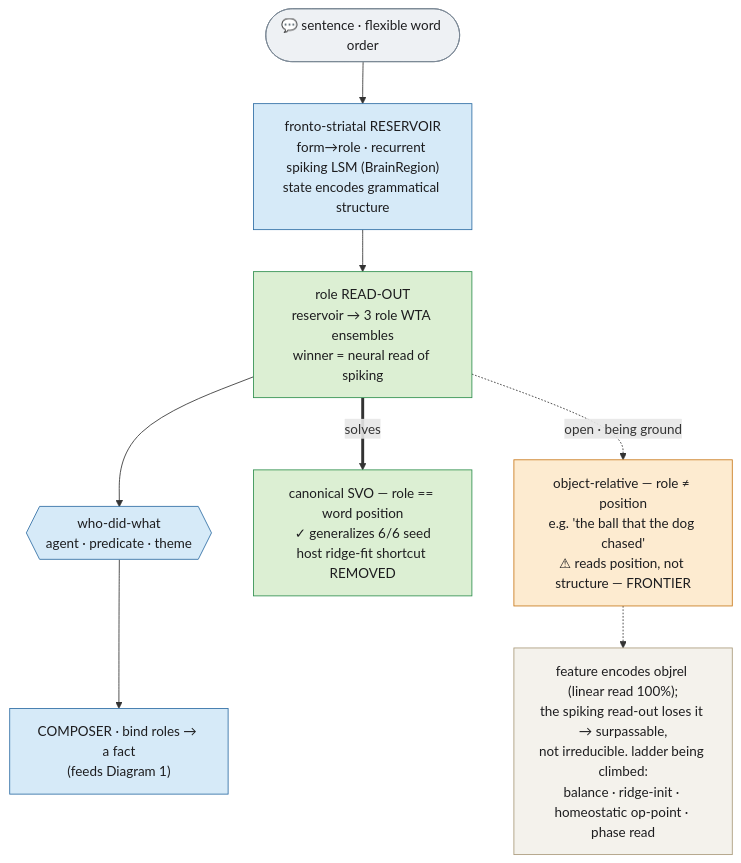
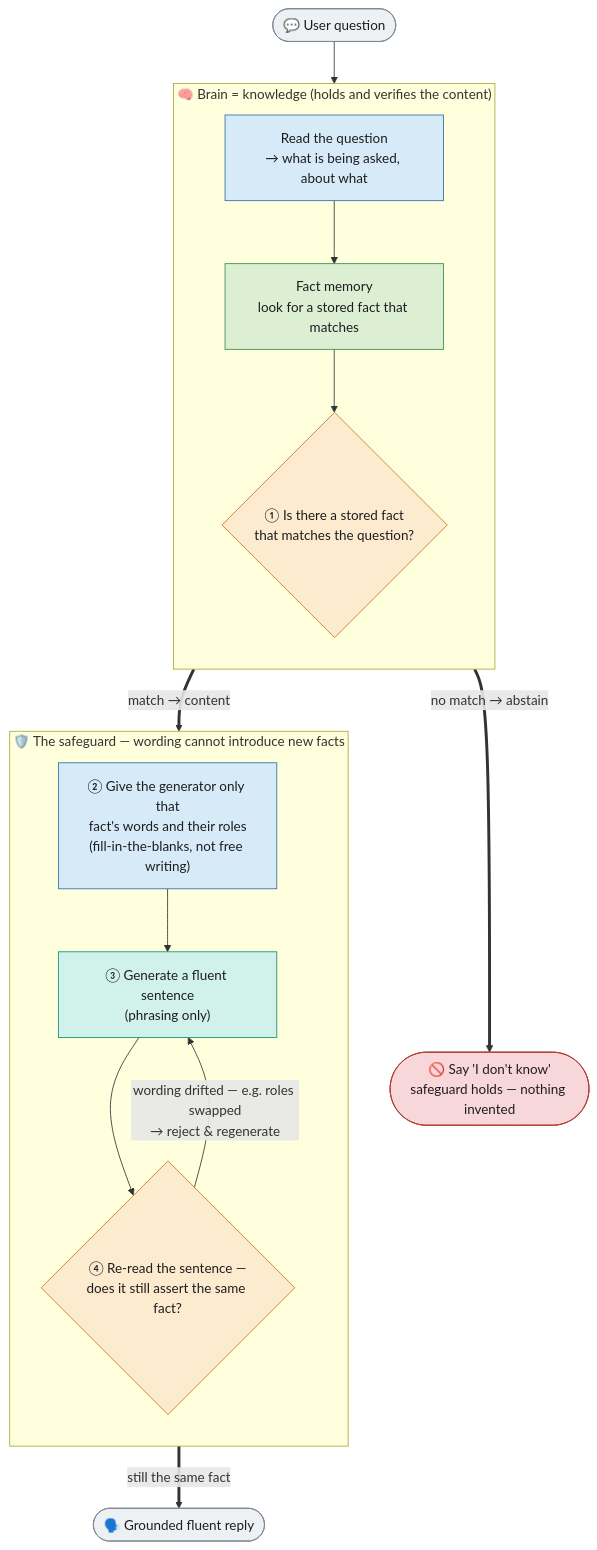
One commit to danthi123/neural-simulator changed the second of 4 diagrams in docs/diagrams/brain_architecture_current.md. Above: the diagram before and after it, drawn with Mermaid. The commit also changed other lines of this file and 3 other files, not shown here.

First line of the commit message:
docs: refresh README + USER_GUIDE + architecture flowcharts to current state, plain language, no internal jargon

````diff
--- a/docs/diagrams/brain_architecture_current.md
+++ b/docs/diagrams/brain_architecture_current.md
@@ -188,25 +122,37 @@
 ```mermaid
 flowchart TB
-    S([💬 sentence · flexible word order]):::io
-    RES["fronto-striatal RESERVOIR<br/>form→role · recurrent spiking LSM (BrainRegion)<br/>state encodes grammatical structure"]:::conv
-    READ["role READ-OUT<br/>reservoir → 3 role WTA ensembles<br/>winner = neural read of spiking"]:::learn
-    ROLES{{"who-did-what<br/>agent · predicate · theme"}}:::conv
-    COMP["COMPOSER · bind roles → a fact<br/>(feeds Diagram 1)"]:::conv
+    Q([💬 User question]):::io
 
-    S --> RES --> READ --> ROLES --> COMP
+    subgraph BRAIN["🧠 Brain = knowledge (holds and verifies the content)"]
+      direction TB
+      PARSE["Read the question<br/>→ what is being asked, about what"]:::conv
+      STORE["Fact memory<br/>look for a stored fact that matches"]:::mem
+      G{"① Is there a stored fact<br/>that matches the question?"}:::gate
+      PARSE --> STORE --> G
+    end
 
-    CANON["canonical SVO — role == word position<br/>✓ generalizes 6/6 seed<br/>host ridge-fit shortcut REMOVED"]:::ok
-    OBJREL["object-relative — role ≠ position<br/>e.g. 'the ball that the dog chased'<br/>⚠ reads position, not structure — FRONTIER"]:::frontier
-    READ ==>|solves| CANON
-    READ -.->|open · being ground| OBJREL
+    IDK([🚫 Say 'I don't know'<br/>safeguard holds — nothing invented]):::abstain
 
-    NOTE["feature encodes objrel (linear read 100%);<br/>the spiking read-out loses it → surpassable,<br/>not irreducible. ladder being climbed:<br/>balance · ridge-init · homeostatic op-point · phase read"]:::note
-    OBJREL -.-> NOTE
+    subgraph WALL["🛡️ The safeguard — wording cannot introduce new facts"]
+      direction TB
+      C["② Give the generator only that<br/>fact's words and their roles<br/>(fill-in-the-blanks, not free writing)"]:::conv
+      R["③ Generate a fluent sentence<br/>(phrasing only)"]:::gen
+      V{"④ Re-read the sentence —<br/>does it still assert the same fact?"}:::gate
+      C --> R --> V
+    end
+
+    OUT([🗣️ Grounded fluent reply]):::io
+
+    Q --> PARSE
+    G ==>|match → content| C
+    G ==>|no match → abstain| IDK
+    V ==>|still the same fact| OUT
+    V -->|wording drifted — e.g. roles swapped<br/>→ reject & regenerate| R
 
     classDef io fill:#eef1f4,stroke:#7a8794,color:#1d1d1f;
     classDef conv fill:#d6eaf8,stroke:#2e6da4,color:#1d1d1f;
-    classDef learn fill:#dcefd3,stroke:#2f8f4e,color:#1d1d1f;
-    classDef ok fill:#dcefd3,stroke:#2f8f4e,color:#1d1d1f;
-    classDef frontier fill:#fdebd0,stroke:#c8791a,color:#1d1d1f;
-    classDef note fill:#f4f2ec,stroke:#a99a7a,color:#1d1d1f;
+    classDef mem fill:#dcefd3,stroke:#2f8f4e,color:#1d1d1f;
+    classDef gate fill:#fdebd0,stroke:#c8791a,color:#1d1d1f;
+    classDef gen fill:#d1f2eb,stroke:#138d75,color:#1d1d1f;
+    classDef abstain fill:#f8d7da,stroke:#b03a2e,color:#1d1d1f;
 ```
````
